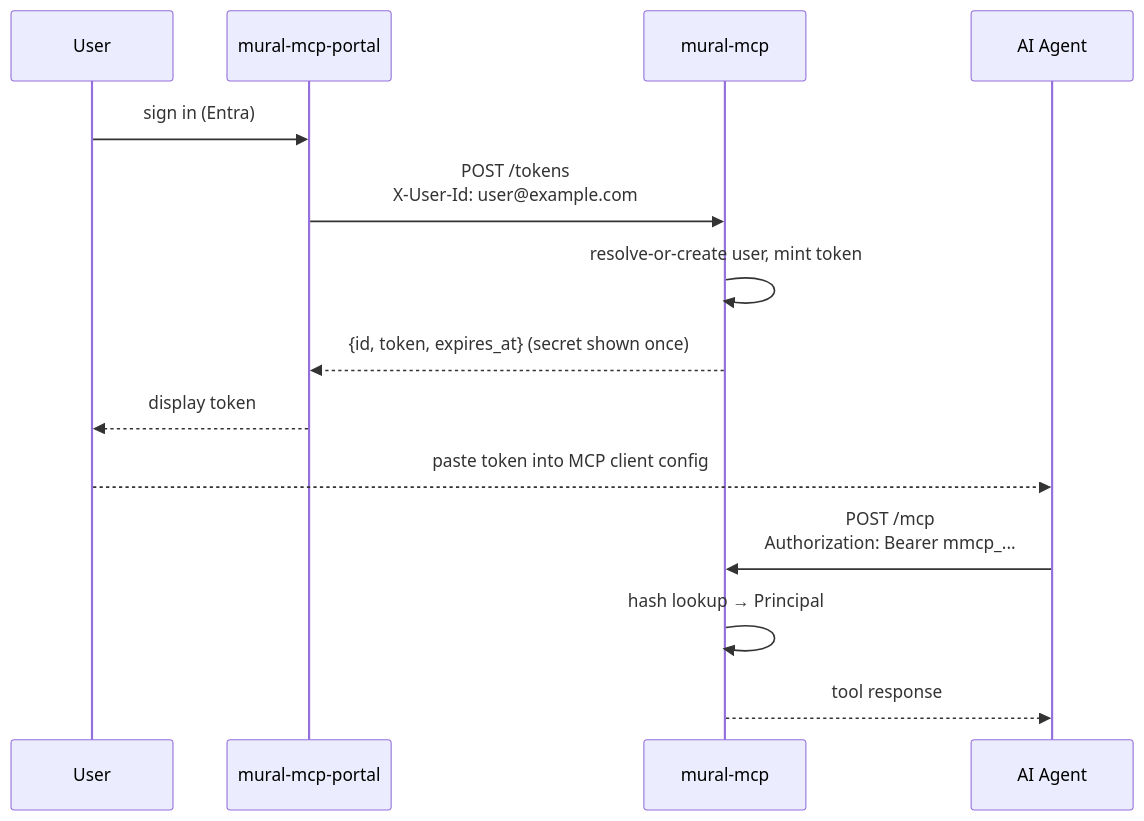
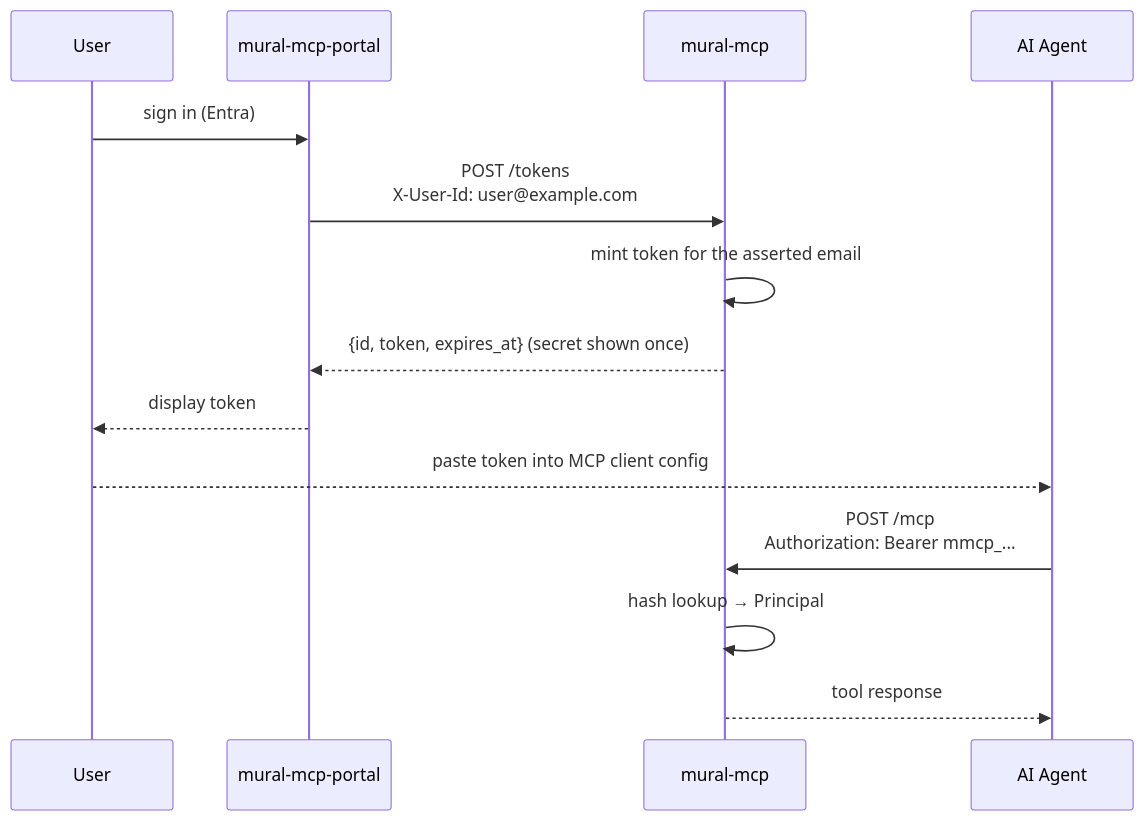
One commit to DEFRA/mural-mcp changed the first of 3 diagrams in README.md. Above: the diagram before and after it, drawn with Mermaid. The commit also changed other lines of this file and 35 other files, not shown here.

First line of the commit message:
Use Email as User ID (#11)

````diff
--- a/README.md
+++ b/README.md
@@ -81,17 +71,17 @@
 ```mermaid
 sequenceDiagram
     participant User as User
     participant Portal as mural-mcp-portal
     participant Server as mural-mcp
     participant Agent as AI Agent
 
     User->>Portal: sign in (Entra)
     Portal->>Server: POST /tokens<br/>X-User-Id: user@example.com
-    Server->>Server: resolve-or-create user, mint token
+    Server->>Server: mint token for the asserted email
     Server-->>Portal: {id, token, expires_at} (secret shown once)
     Portal-->>User: display token
     User-->>Agent: paste token into MCP client config
     Agent->>Server: POST /mcp<br/>Authorization: Bearer mmcp_...
     Server->>Server: hash lookup → Principal
     Server-->>Agent: tool response
 ```
````
